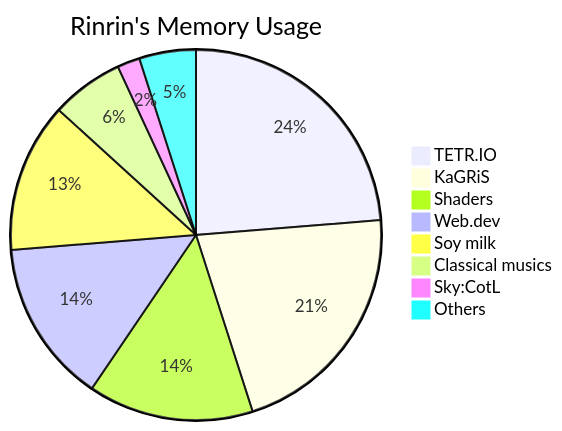
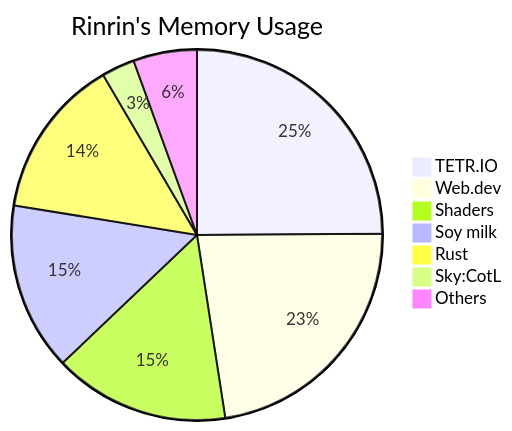
The diagram in README.md (Rinrin0413/Rinrin0413), drawn with Mermaid before and after one commit.

Commit message:
Update:Rinrin's Memory Usage

````diff
--- a/README.md
+++ b/README.md
@@ -71,11 +71,10 @@
 ```mermaid
 pie title Rinrin's Memory Usage
-    "TETR.IO": 120
-    "KaGRiS": 108
-    "Shaders": 73
-    "Web.dev": 72
+    "TETR.IO": 112
+    "Web.dev": 102
+    "Shaders": 69
     "Soy milk": 66
-    "Classical musics": 32
-    "Sky:CotL": 10
+    "Rust": 63
+    "Sky:CotL": 13
     "Others": 25
 ```
````
